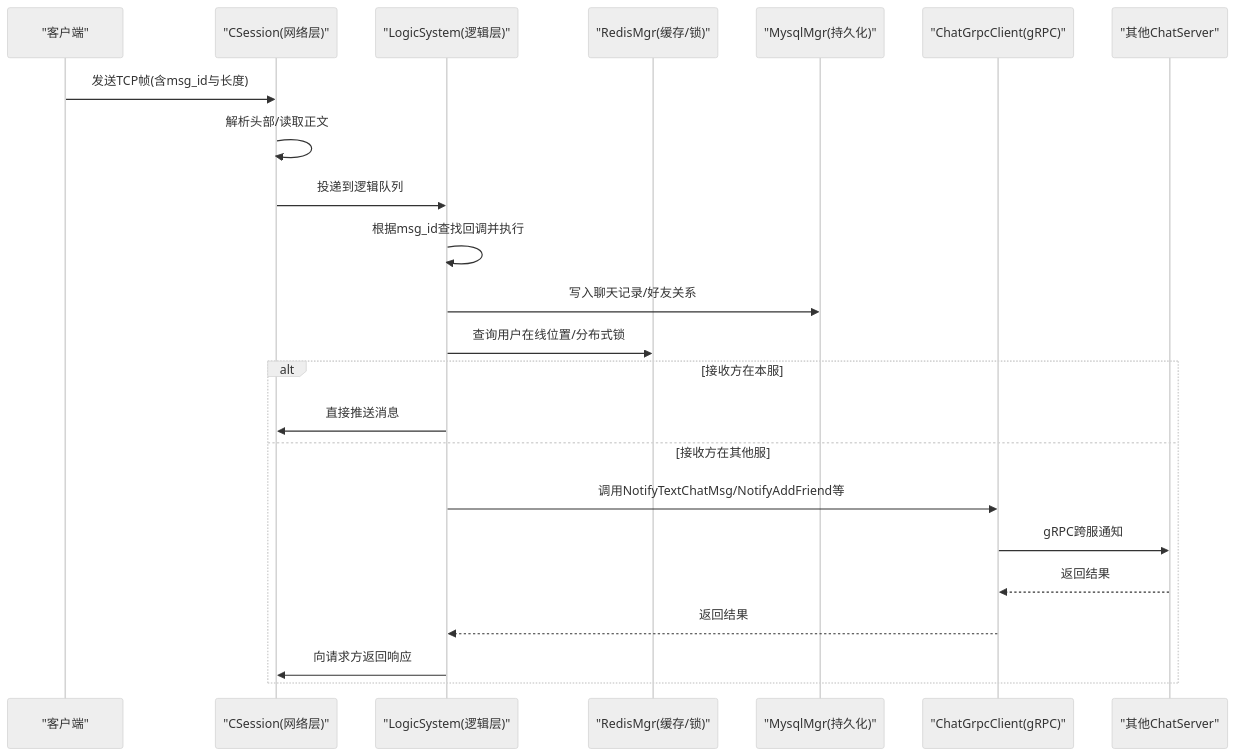
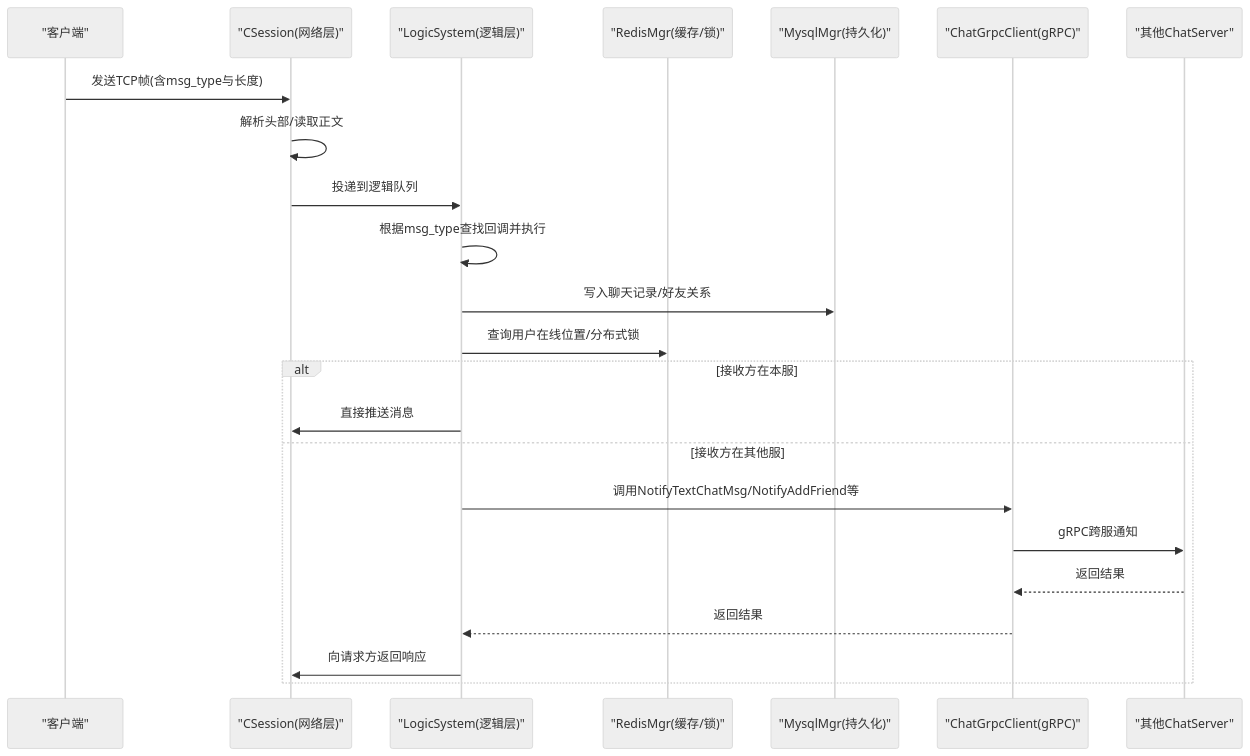
Before and after one commit to echo9923/mychatter: the second of 7 diagrams in .qoder/repowiki/zh/content/服务端开发/ChatServer聊天核心服务/消息路由.md, drawn with Mermaid (neutral theme). The commit also changed other lines of this file and 128 other files, not shown here.

````diff
--- a/.qoder/repowiki/zh/content/服务端开发/ChatServer聊天核心服务/消息路由.md
+++ b/.qoder/repowiki/zh/content/服务端开发/ChatServer聊天核心服务/消息路由.md
@@ -121,25 +121,25 @@
 ```mermaid
 sequenceDiagram
 participant C as "客户端"
 participant S as "CSession(网络层)"
 participant L as "LogicSystem(逻辑层)"
 participant R as "RedisMgr(缓存/锁)"
 participant D as "MysqlMgr(持久化)"
 participant G as "ChatGrpcClient(gRPC)"
 participant O as "其他ChatServer"
-C->>S : 发送TCP帧(含msg_id与长度)
+C->>S : 发送TCP帧(含msg_type与长度)
 S->>S : 解析头部/读取正文
 S->>L : 投递到逻辑队列
-L->>L : 根据msg_id查找回调并执行
+L->>L : 根据msg_type查找回调并执行
 L->>D : 写入聊天记录/好友关系
 L->>R : 查询用户在线位置/分布式锁
 alt 接收方在本服
 L->>S : 直接推送消息
 else 接收方在其他服
 L->>G : 调用NotifyTextChatMsg/NotifyAddFriend等
 G->>O : gRPC跨服通知
 O-->>G : 返回结果
 G-->>L : 返回结果
 L->>S : 向请求方返回响应
 end
 ```
````
